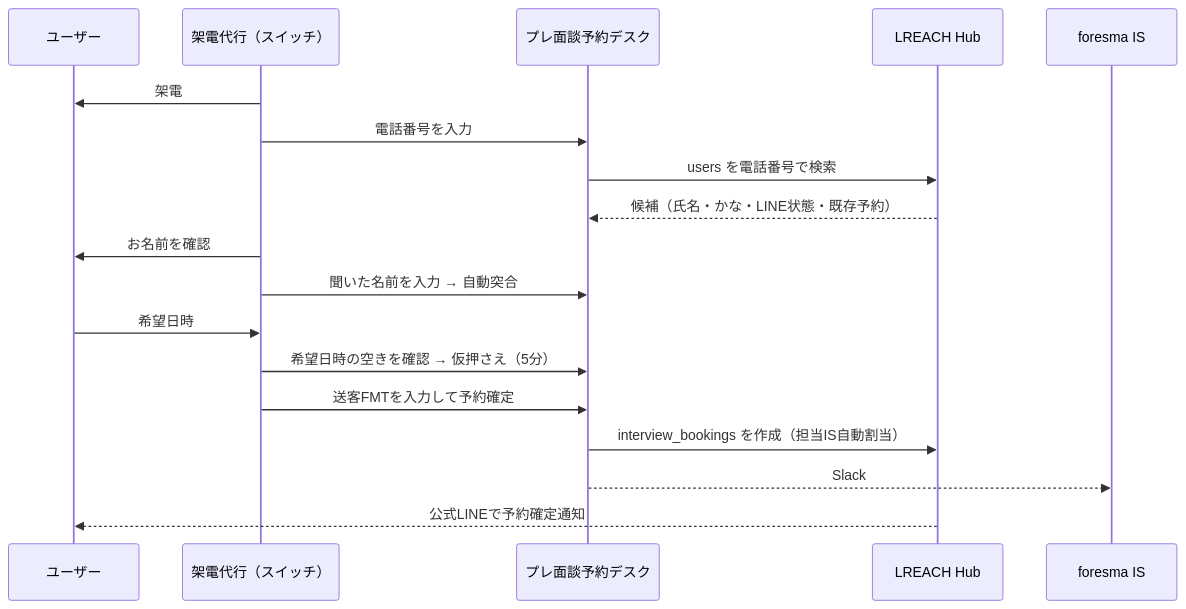
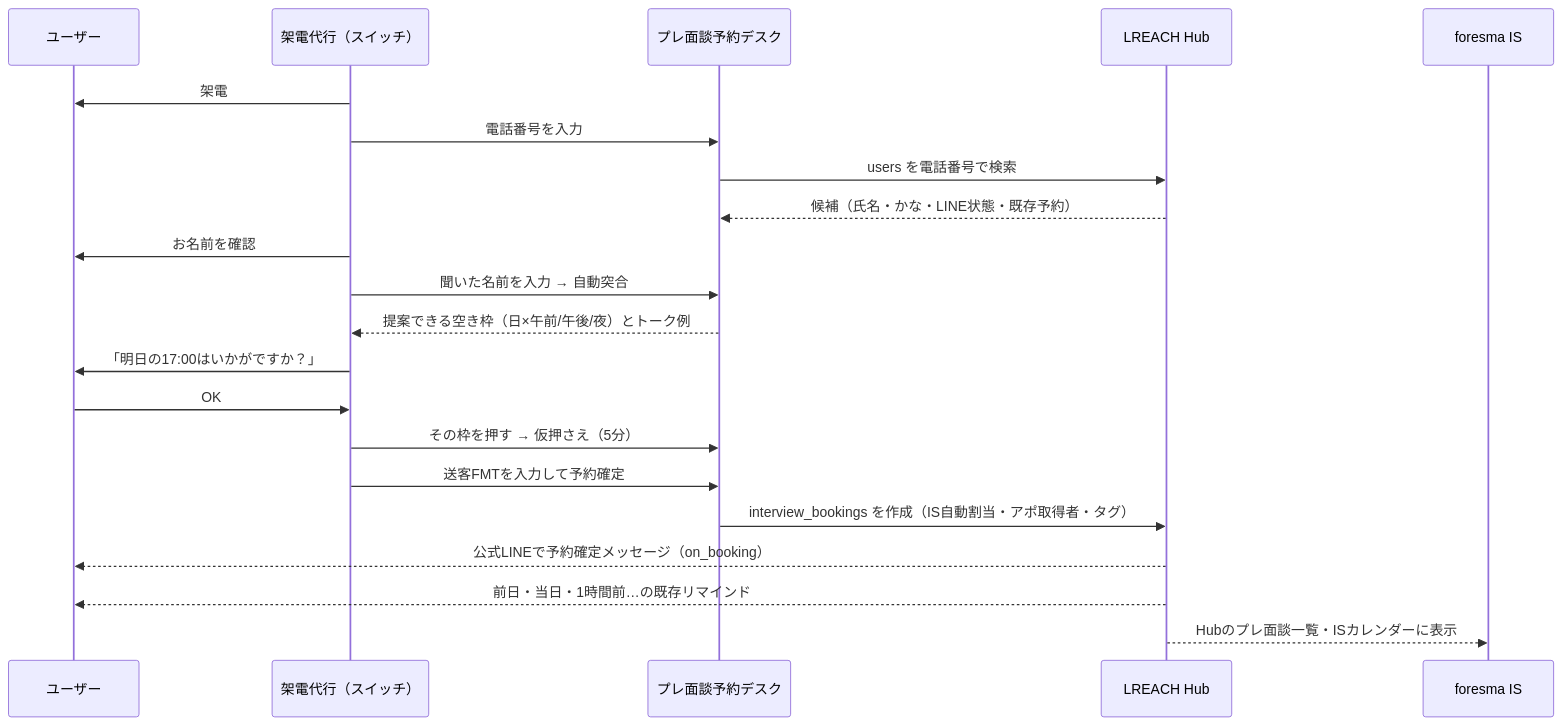
Before and after one commit to ohnotetsuo1999/foresma_doc: the diagram in docs/by-user/oonotetsuo/2026-10-14/プレ面談予約_架電代行_設計書.md, drawn with Mermaid. The commit also changed other lines of this file and 1 other file, not shown here.

````diff
--- a/docs/by-user/oonotetsuo/2026-10-14/プレ面談予約_架電代行_設計書.md
+++ b/docs/by-user/oonotetsuo/2026-10-14/プレ面談予約_架電代行_設計書.md
@@ -40,20 +40,23 @@
 ```mermaid
 sequenceDiagram
   participant U as ユーザー
   participant S as 架電代行（スイッチ）
   participant D as プレ面談予約デスク
   participant H as LREACH Hub
   participant IS as foresma IS
   S->>U: 架電
   S->>D: 電話番号を入力
   D->>H: users を電話番号で検索
   H-->>D: 候補（氏名・かな・LINE状態・既存予約）
   S->>U: お名前を確認
   S->>D: 聞いた名前を入力 → 自動突合
-  U->>S: 希望日時
-  S->>D: 希望日時の空きを確認 → 仮押さえ（5分）
+  D-->>S: 提案できる空き枠（日×午前/午後/夜）とトーク例
+  S->>U: 「明日の17:00はいかがですか？」
+  U->>S: OK
+  S->>D: その枠を押す → 仮押さえ（5分）
   S->>D: 送客FMTを入力して予約確定
-  D->>H: interview_bookings を作成（担当IS自動割当）
-  D-->>IS: Slack #調整-foresma-スイッチ に送客FMTを自動投稿
-  H-->>U: 公式LINEで予約確定通知
+  D->>H: interview_bookings を作成（IS自動割当・アポ取得者・タグ）
+  H-->>U: 公式LINEで予約確定メッセージ（on_booking）
+  H-->>U: 前日・当日・1時間前…の既存リマインド
+  H-->>IS: Hubのプレ面談一覧・ISカレンダーに表示
 ```
````
